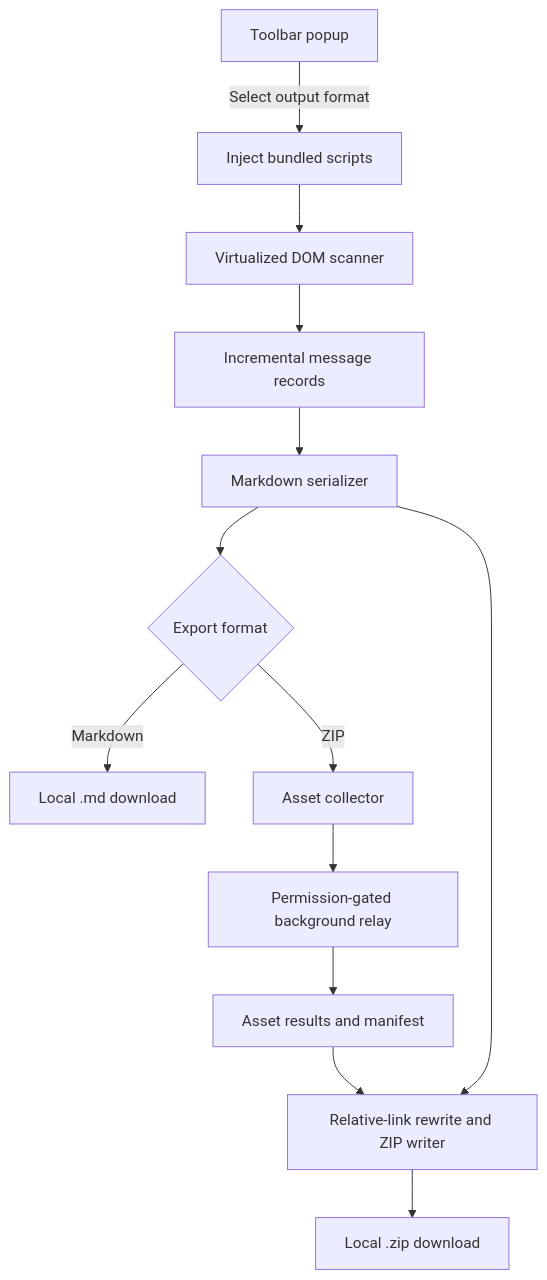
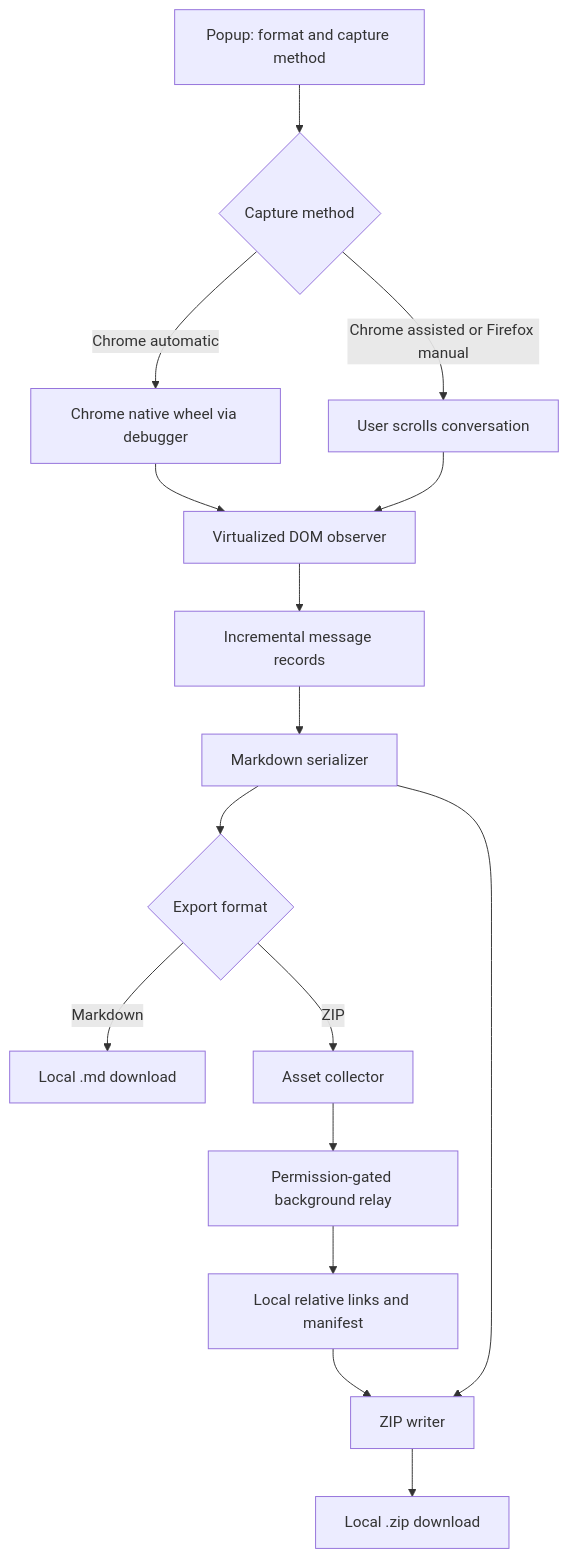
One commit to mw-ferretti/thread-to-md changed the diagram in docs/ARCHITECTURE.md. Above: the diagram before and after it, drawn with Mermaid. The commit also changed other lines of this file and 73 other files, not shown here.

Commit message:
Release v0.2.4.16: native auto and manual capture, loop recovery and UI improvements

````diff
--- a/docs/ARCHITECTURE.md
+++ b/docs/ARCHITECTURE.md
@@ -7,15 +7,18 @@
 ```mermaid
 flowchart TD
-  A[Toolbar popup] -->|Select output format| B[Inject bundled scripts]
-  B --> C[Virtualized DOM scanner]
-  C --> D[Incremental message records]
-  D --> E[Markdown serializer]
-  E --> F{Export format}
-  F -->|Markdown| G[Local .md download]
-  F -->|ZIP| H[Asset collector]
-  H --> I[Permission-gated background relay]
-  I --> J[Asset results and manifest]
-  J --> K[Relative-link rewrite and ZIP writer]
-  E --> K
-  K --> L[Local .zip download]
+  A[Popup: format and capture method] --> B{Capture method}
+  B -->|Chrome automatic| C[Chrome native wheel via debugger]
+  B -->|Chrome assisted or Firefox manual| D[User scrolls conversation]
+  C --> E[Virtualized DOM observer]
+  D --> E
+  E --> F[Incremental message records]
+  F --> G[Markdown serializer]
+  G --> H{Export format}
+  H -->|Markdown| I[Local .md download]
+  H -->|ZIP| J[Asset collector]
+  J --> K[Permission-gated background relay]
+  K --> L[Local relative links and manifest]
+  G --> M[ZIP writer]
+  L --> M
+  M --> N[Local .zip download]
 ```
````
